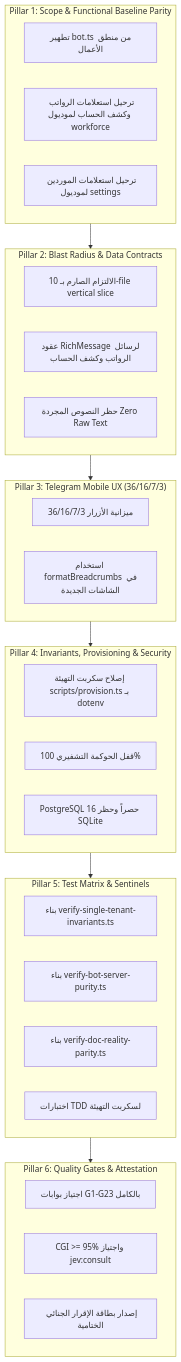
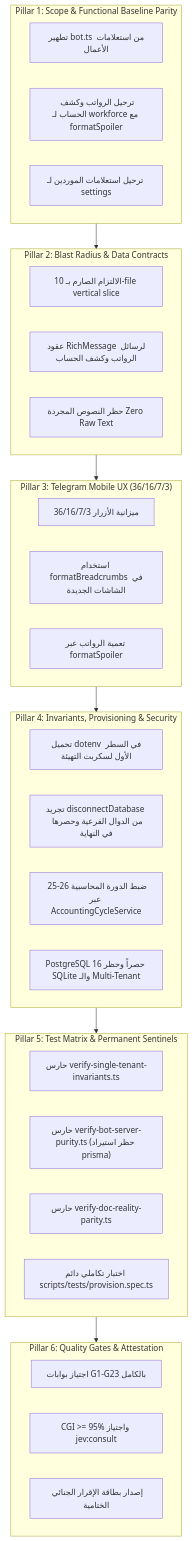
One commit to SalehOsman/Alsaada-Smart-Bot changed the diagram in docs/work-plans/113-plan-pure-micro-kernel-bot-decoupling-provisioning-and-reality-alignment.md. Above: the diagram before and after it, drawn with Mermaid. The commit also changed other lines of this file, not shown here.

````diff
--- a/docs/work-plans/113-plan-pure-micro-kernel-bot-decoupling-provisioning-and-reality-alignment.md
+++ b/docs/work-plans/113-plan-pure-micro-kernel-bot-decoupling-provisioning-and-reality-alignment.md
@@ -36,40 +42,42 @@
 ```mermaid
 flowchart TD
     subgraph Pillar1["Pillar 1: Scope & Functional Baseline Parity"]
-        P1A["تطهير bot.ts من منطق الأعمال"]
-        P1B["ترحيل استعلامات الرواتب وكشف الحساب لموديول workforce"]
-        P1C["ترحيل استعلامات الموردين لموديول settings"]
+        P1A["تطهير bot.ts من استعلامات الأعمال"]
+        P1B["ترحيل الرواتب وكشف الحساب لـ workforce مع formatSpoiler"]
+        P1C["ترحيل استعلامات الموردين لـ settings"]
     end
 
     subgraph Pillar2["Pillar 2: Blast Radius & Data Contracts"]
         P2A["الالتزام الصارم بـ 10-file vertical slice"]
         P2B["عقود RichMessage لرسائل الرواتب وكشف الحساب"]
         P2C["حظر النصوص المجردة Zero Raw Text"]
     end
 
     subgraph Pillar3["Pillar 3: Telegram Mobile UX (36/16/7/3)"]
         P3A["ميزانية الأزرار 36/16/7/3"]
         P3B["استخدام formatBreadcrumbs في الشاشات الجديدة"]
+        P3C["تعمية الرواتب عبر formatSpoiler"]
     end
 
     subgraph Pillar4["Pillar 4: Invariants, Provisioning & Security"]
-        P4A["إصلاح سكربت التهيئة scripts/provision.ts بـ dotenv"]
-        P4B["قفل الحوكمة التشفيري 100%"]
-        P4C["PostgreSQL 16 حصراً وحظر SQLite"]
+        P4A["تحميل dotenv في السطر الأول لسكربت التهيئة"]
+        P4B["تجريد disconnectDatabase من الدوال الفرعية وحصرها في النهاية"]
+        P4C["ضبط الدورة المحاسبية 26-25 عبر AccountingCycleService"]
+        P4D["PostgreSQL 16 حصراً وحظر SQLite والـ Multi-Tenant"]
     end
 
-    subgraph Pillar5["Pillar 5: Test Matrix & Sentinels"]
-        P5A["بناء verify-single-tenant-invariants.ts"]
-        P5B["بناء verify-bot-server-purity.ts"]
-        P5C["بناء verify-doc-reality-parity.ts"]
-        P5D["اختبارات TDD لسكربت التهيئة"]
+    subgraph Pillar5["Pillar 5: Test Matrix & Permanent Sentinels"]
+        P5A["حارس verify-single-tenant-invariants.ts"]
+        P5B["حارس verify-bot-server-purity.ts (حظر استيراد prisma)"]
+        P5C["حارس verify-doc-reality-parity.ts"]
+        P5D["اختبار تكاملي دائم scripts/tests/provision.spec.ts"]
     end
 
     subgraph Pillar6["Pillar 6: Quality Gates & Attestation"]
         P6A["اجتياز بوابات G1-G23 بالكامل"]
         P6B["CGI >= 95% واجتياز jev:consult"]
         P6C["إصدار بطاقة الإقرار الجنائي الختامية"]
     end
 
     Pillar1 --> Pillar2 --> Pillar3 --> Pillar4 --> Pillar5 --> Pillar6
 ```
````
